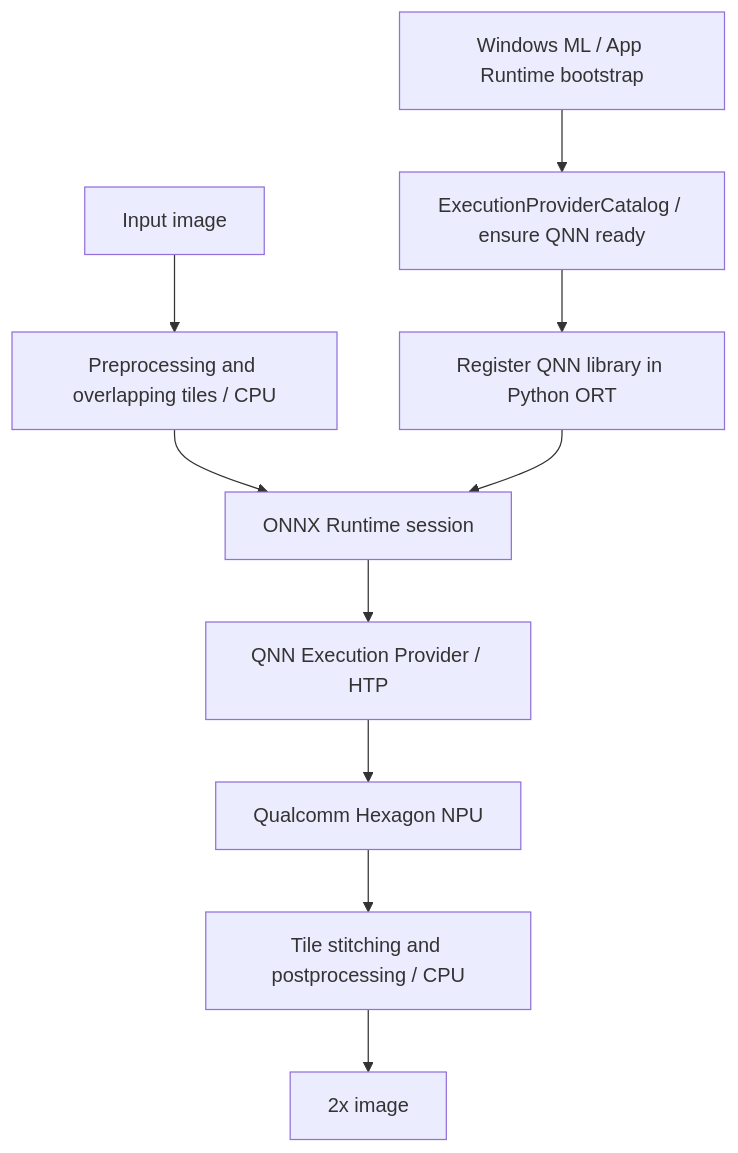
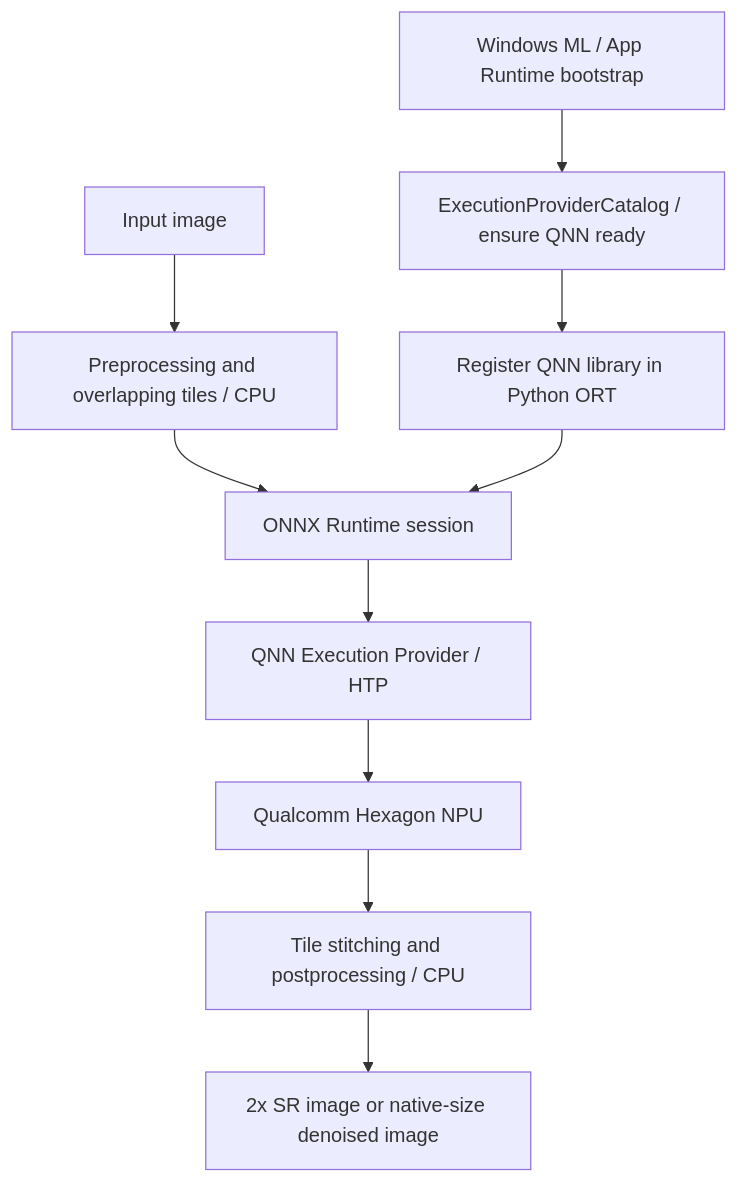
The diagram in README.md (AKMessi/npu-sr), drawn with Mermaid before and after one commit. The commit also changed other lines of this file and 42 other files, not shown here.

````diff
--- a/README.md
+++ b/README.md
@@ -146,12 +171,12 @@
 ```mermaid
 flowchart TD
     I[Input image] --> P[Preprocessing and overlapping tiles / CPU]
     P --> O[ONNX Runtime session]
     W[Windows ML / App Runtime bootstrap] --> C[ExecutionProviderCatalog / ensure QNN ready]
     C --> R[Register QNN library in Python ORT]
     R --> O
     O --> Q[QNN Execution Provider / HTP]
     Q --> N[Qualcomm Hexagon NPU]
     N --> S[Tile stitching and postprocessing / CPU]
-    S --> U[2x image]
+    S --> U[2x SR image or native-size denoised image]
 ```
````
